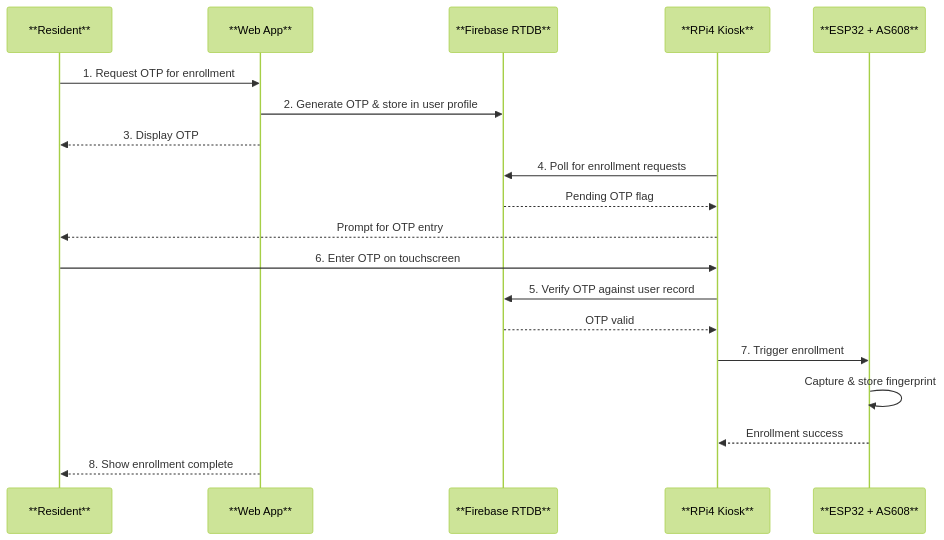
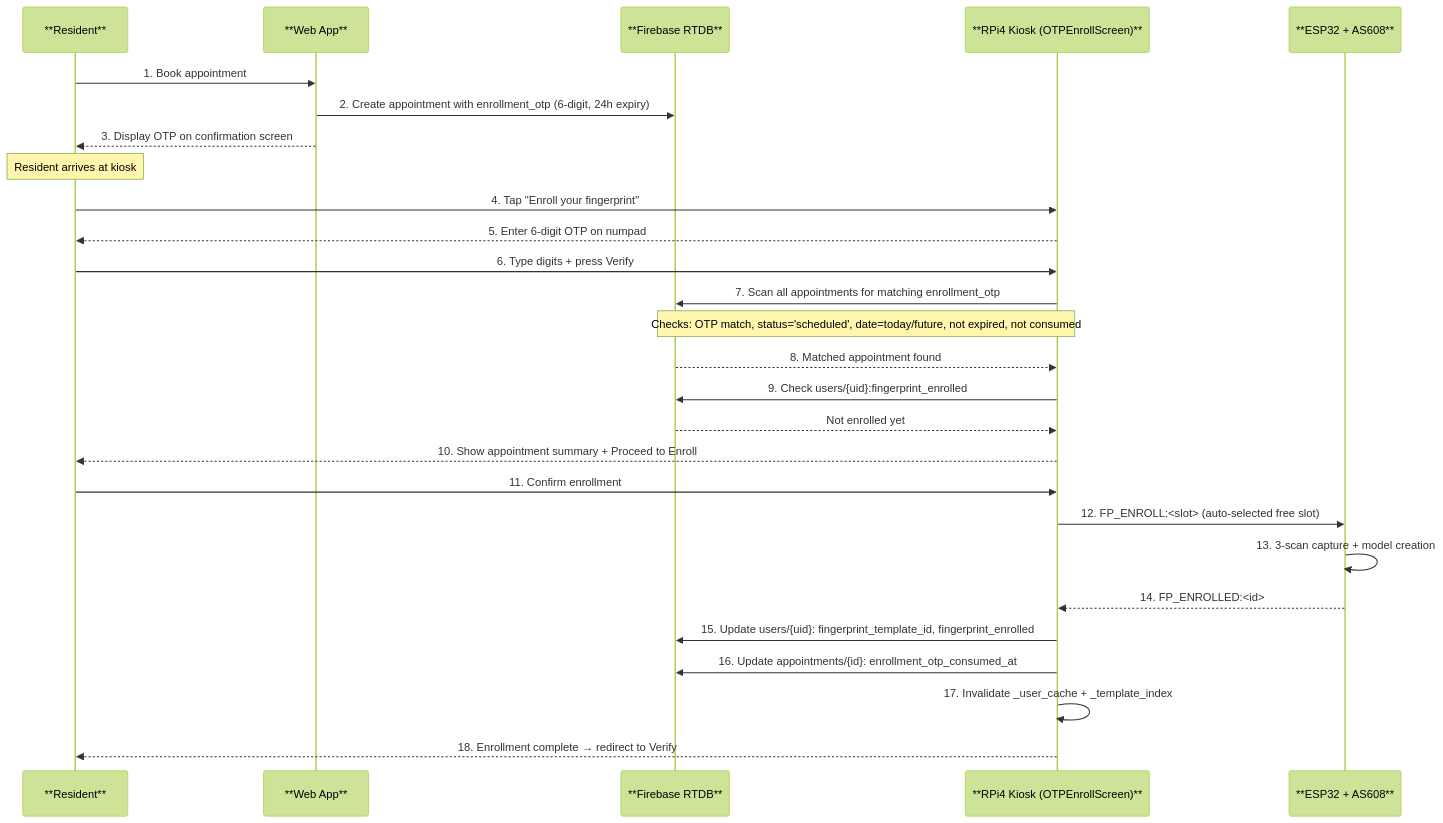
The fifth of 12 diagrams in docs/flow-diagrams.md (qppd/smart-appointment-scheduling-kiosk), drawn with Mermaid (forest theme) before and after one commit. The commit also changed other lines of this file and 62 other files, not shown here.

````diff
--- a/docs/flow-diagrams.md
+++ b/docs/flow-diagrams.md
@@ -136,22 +161,34 @@
 ```mermaid
 sequenceDiagram
     participant RES as **Resident**
     participant WA as **Web App**
     participant DB as **Firebase RTDB**
-    participant KIOSK as **RPi4 Kiosk**
+    participant KIOSK as **RPi4 Kiosk (OTPEnrollScreen)**
     participant ESP as **ESP32 + AS608**
 
-    RES ->> WA: 1. Request OTP for enrollment
-    WA ->> DB: 2. Generate OTP & store in user profile
-    WA -->> RES: 3. Display OTP
-    KIOSK ->> DB: 4. Poll for enrollment requests
-    DB -->> KIOSK: Pending OTP flag
-    KIOSK -->> RES: Prompt for OTP entry
-    RES ->> KIOSK: 6. Enter OTP on touchscreen
-    KIOSK ->> DB: 5. Verify OTP against user record
-    DB -->> KIOSK: OTP valid
-    KIOSK ->> ESP: 7. Trigger enrollment
-    ESP ->> ESP: Capture & store fingerprint
-    ESP -->> KIOSK: Enrollment success
-    WA -->> RES: 8. Show enrollment complete
+    RES ->> WA: 1. Book appointment
+    WA ->> DB: 2. Create appointment with enrollment_otp (6-digit, 24h expiry)
+    WA -->> RES: 3. Display OTP on confirmation screen
+    Note over RES: Resident arrives at kiosk
+
+    RES ->> KIOSK: 4. Tap "Enroll your fingerprint"
+    KIOSK -->> RES: 5. Enter 6-digit OTP on numpad
+    RES ->> KIOSK: 6. Type digits + press Verify
+
+    KIOSK ->> DB: 7. Scan all appointments for matching enrollment_otp
+    Note over KIOSK,DB: Checks: OTP match, status='scheduled', date=today/future, not expired, not consumed
+    DB -->> KIOSK: 8. Matched appointment found
+    KIOSK ->> DB: 9. Check users/{uid}:fingerprint_enrolled
+    DB -->> KIOSK: Not enrolled yet
+
+    KIOSK -->> RES: 10. Show appointment summary + Proceed to Enroll
+    RES ->> KIOSK: 11. Confirm enrollment
+
+    KIOSK ->> ESP: 12. FP_ENROLL:<slot> (auto-selected free slot)
+    ESP ->> ESP: 13. 3-scan capture + model creation
+    ESP -->> KIOSK: 14. FP_ENROLLED:<id>
+    KIOSK ->> DB: 15. Update users/{uid}: fingerprint_template_id, fingerprint_enrolled
+    KIOSK ->> DB: 16. Update appointments/{id}: enrollment_otp_consumed_at
+    KIOSK ->> KIOSK: 17. Invalidate _user_cache + _template_index
+    KIOSK -->> RES: 18. Enrollment complete → redirect to Verify
 ```
````
